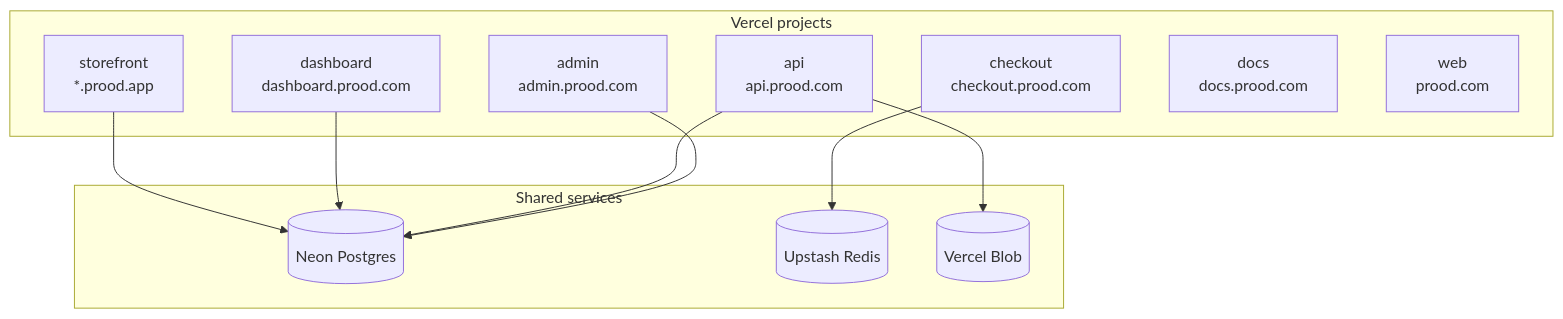
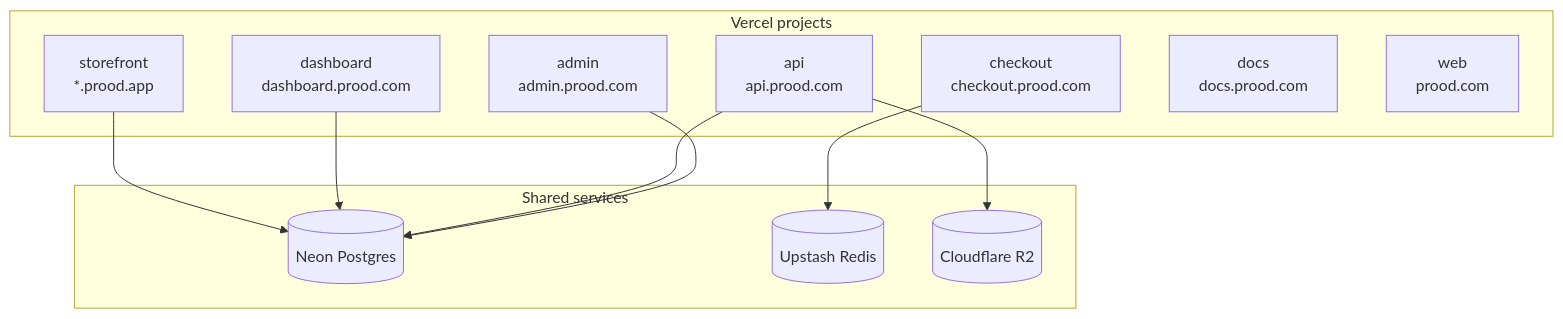
Before and after one commit to rodrigobarona/prood-commerce-platform: the diagram in apps/docs/content/docs/guides/deployment.mdx, drawn with Mermaid. The commit also changed other lines of this file and 36 other files, not shown here.

First line of the commit message:
Store files on Cloudflare R2; remove Vercel Blob (#16)

````diff
--- a/apps/docs/content/docs/guides/deployment.mdx
+++ b/apps/docs/content/docs/guides/deployment.mdx
@@ -25,25 +25,25 @@
 ```mermaid
 flowchart TB
   subgraph vercel [Vercel projects]
     SF[storefront<br/>*.prood.app]
     DB[dashboard<br/>dashboard.prood.com]
     CHK[checkout<br/>checkout.prood.com]
     API[api<br/>api.prood.com]
     ADMIN[admin<br/>admin.prood.com]
     DOCS[docs<br/>docs.prood.com]
     WEB[web<br/>prood.com]
   end
 
   subgraph shared [Shared services]
     NEON[(Neon Postgres)]
     REDIS[(Upstash Redis)]
-    BLOB[(Vercel Blob)]
+    BLOB[(Cloudflare R2)]
   end
 
   SF --> NEON
   DB --> NEON
   API --> NEON
   ADMIN --> NEON
   CHK --> REDIS
   API --> BLOB
 ```
````
